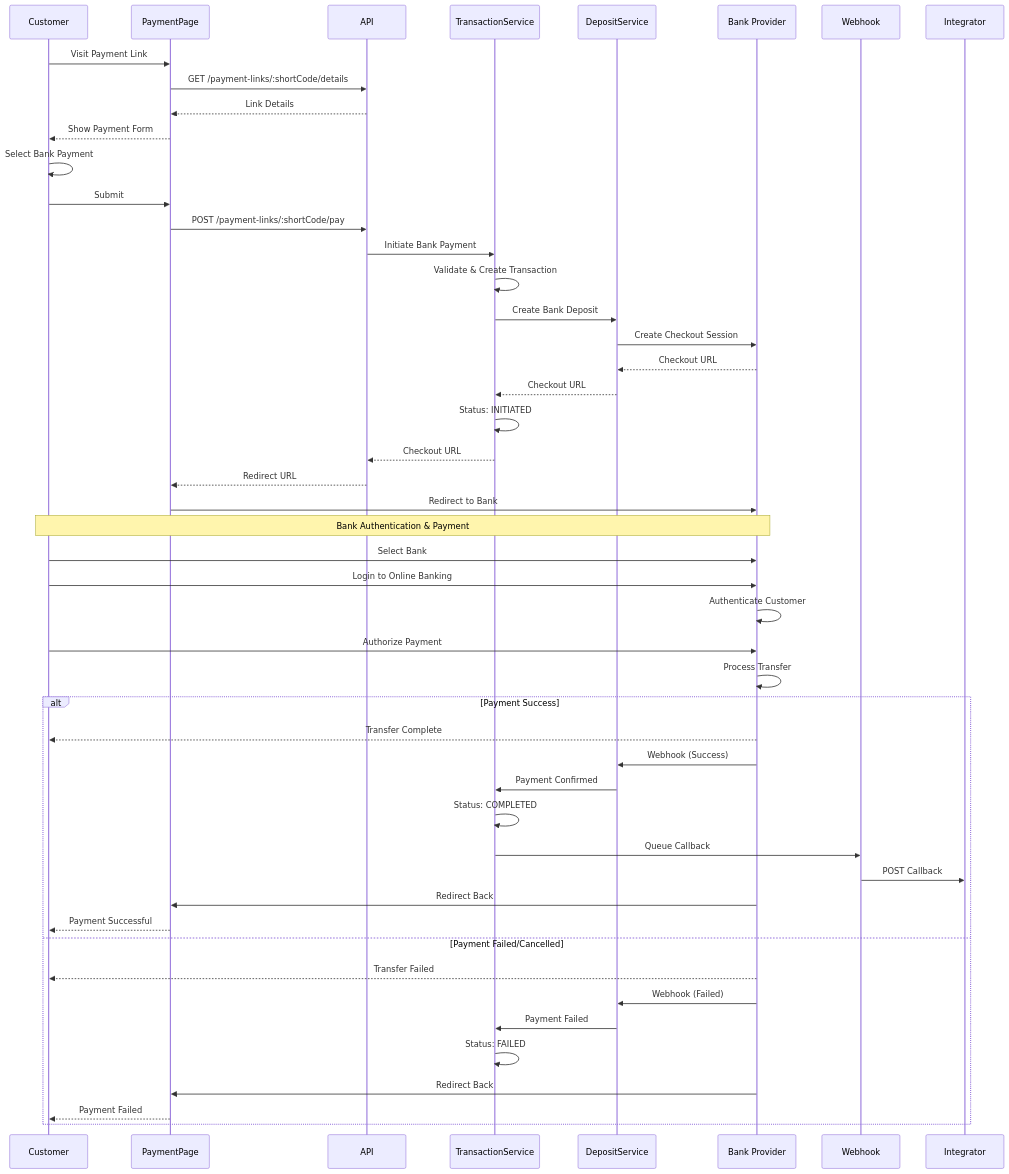
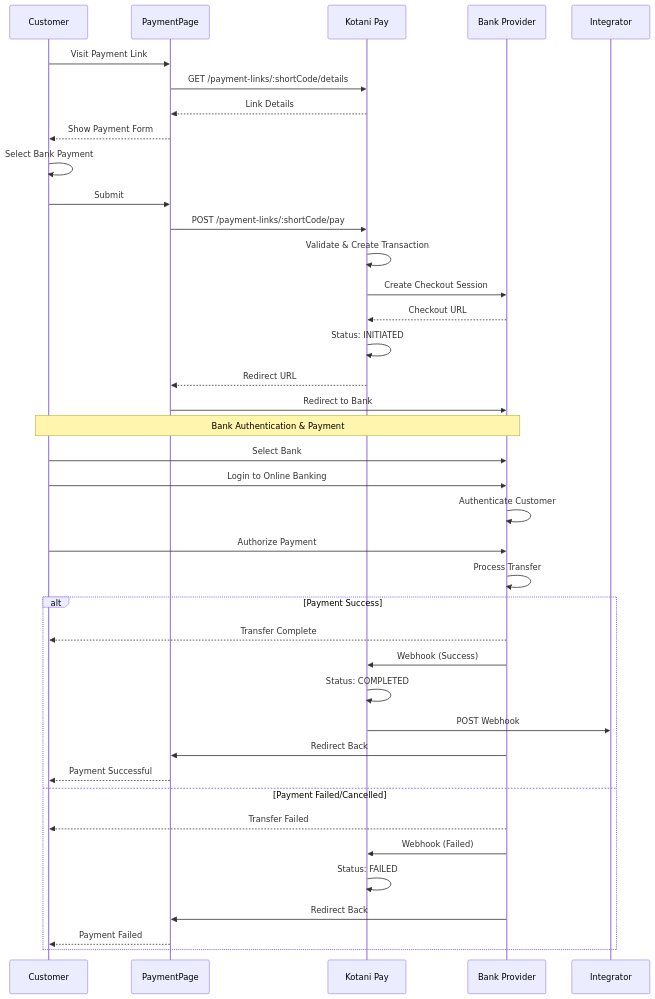
The fifth of 5 diagrams in v3/flows/payment-links-flow.mdx (john-muinde/docs), drawn with Mermaid before and after one commit. The commit also changed other lines of this file and 5 other files, not shown here.

````diff
--- a/v3/flows/payment-links-flow.mdx
+++ b/v3/flows/payment-links-flow.mdx
@@ -484,63 +418,51 @@
 ```mermaid
 sequenceDiagram
     participant Customer
     participant PaymentPage
-    participant API
-    participant TransactionService
-    participant DepositService
-    participant Provider as Bank Provider
-    participant Webhook
+    participant Kotani Pay
+    participant Bank as Bank Provider
     participant Integrator
 
     Customer->>PaymentPage: Visit Payment Link
-    PaymentPage->>API: GET /payment-links/:shortCode/details
-    API-->>PaymentPage: Link Details
+    PaymentPage->>Kotani Pay: GET /payment-links/:shortCode/details
+    Kotani Pay-->>PaymentPage: Link Details
     PaymentPage-->>Customer: Show Payment Form
 
     Customer->>Customer: Select Bank Payment
     Customer->>PaymentPage: Submit
 
-    PaymentPage->>API: POST /payment-links/:shortCode/pay
-    API->>TransactionService: Initiate Bank Payment
+    PaymentPage->>Kotani Pay: POST /payment-links/:shortCode/pay
+    Kotani Pay->>Kotani Pay: Validate & Create Transaction
+    Kotani Pay->>Bank: Create Checkout Session
+    Bank-->>Kotani Pay: Checkout URL
+    Kotani Pay->>Kotani Pay: Status: INITIATED
+    Kotani Pay-->>PaymentPage: Redirect URL
 
-    TransactionService->>TransactionService: Validate & Create Transaction
-    TransactionService->>DepositService: Create Bank Deposit
+    PaymentPage->>Bank: Redirect to Bank
 
-    DepositService->>Provider: Create Checkout Session
-    Provider-->>DepositService: Checkout URL
-    DepositService-->>TransactionService: Checkout URL
-    TransactionService->>TransactionService: Status: INITIATED
-    TransactionService-->>API: Checkout URL
-    API-->>PaymentPage: Redirect URL
+    Note over Customer,Bank: Bank Authentication & Payment
 
-    PaymentPage->>Provider: Redirect to Bank
-
-    Note over Customer,Provider: Bank Authentication & Payment
-
-    Customer->>Provider: Select Bank
-    Customer->>Provider: Login to Online Banking
-    Provider->>Provider: Authenticate Customer
-    Customer->>Provider: Authorize Payment
-    Provider->>Provider: Process Transfer
+    Customer->>Bank: Select Bank
+    Customer->>Bank: Login to Online Banking
+    Bank->>Bank: Authenticate Customer
+    Customer->>Bank: Authorize Payment
+    Bank->>Bank: Process Transfer
 
     alt Payment Success
-        Provider-->>Customer: Transfer Complete
-        Provider->>DepositService: Webhook (Success)
-        DepositService->>TransactionService: Payment Confirmed
-        TransactionService->>TransactionService: Status: COMPLETED
-        TransactionService->>Webhook: Queue Callback
-        Webhook->>Integrator: POST Callback
+        Bank-->>Customer: Transfer Complete
+        Bank->>Kotani Pay: Webhook (Success)
+        Kotani Pay->>Kotani Pay: Status: COMPLETED
+        Kotani Pay->>Integrator: POST Webhook
 
-        Provider->>PaymentPage: Redirect Back
+        Bank->>PaymentPage: Redirect Back
         PaymentPage-->>Customer: Payment Successful
 
     else Payment Failed/Cancelled
-        Provider-->>Customer: Transfer Failed
-        Provider->>DepositService: Webhook (Failed)
-        DepositService->>TransactionService: Payment Failed
-        TransactionService->>TransactionService: Status: FAILED
+        Bank-->>Customer: Transfer Failed
+        Bank->>Kotani Pay: Webhook (Failed)
+        Kotani Pay->>Kotani Pay: Status: FAILED
 
-        Provider->>PaymentPage: Redirect Back
+        Bank->>PaymentPage: Redirect Back
         PaymentPage-->>Customer: Payment Failed
     end
 ```
````
